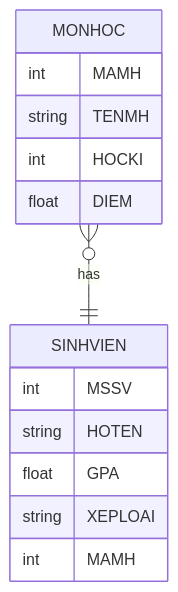
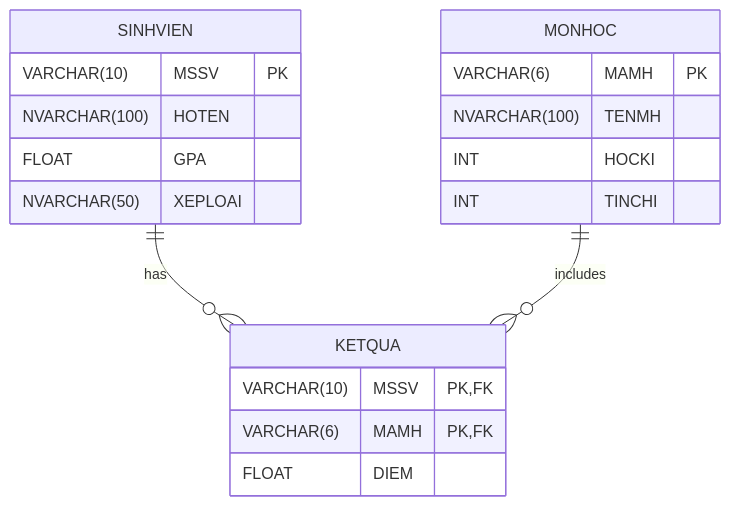
One commit to Bancie/LearningDB changed the diagram in README.md. Above: the diagram before and after it, drawn with Mermaid. The commit also changed 3 other files, not shown here.

````diff
--- a/README.md
+++ b/README.md
@@ -4,19 +4,25 @@
 ```mermaid
 erDiagram
-    MONHOC }o--|| SINHVIEN : has
-
     MONHOC {
-        int MAMH
-        string TENMH
-        int HOCKI
-        float DIEM
+        VARCHAR(6) MAMH PK
+        NVARCHAR(100) TENMH
+        INT HOCKI
+        INT TINCHI
     }
 
     SINHVIEN {
-        int MSSV
-        string HOTEN
-        float GPA
-        string XEPLOAI
-        int MAMH
+        VARCHAR(10) MSSV PK
+        NVARCHAR(100) HOTEN
+        FLOAT GPA
+        NVARCHAR(50) XEPLOAI
     }
+
+    KETQUA {
+        VARCHAR(10) MSSV PK, FK
+        VARCHAR(6) MAMH PK, FK
+        FLOAT DIEM
+    }
+
+    SINHVIEN ||--o{ KETQUA : has
+    MONHOC   ||--o{ KETQUA : includes
 ```
````
